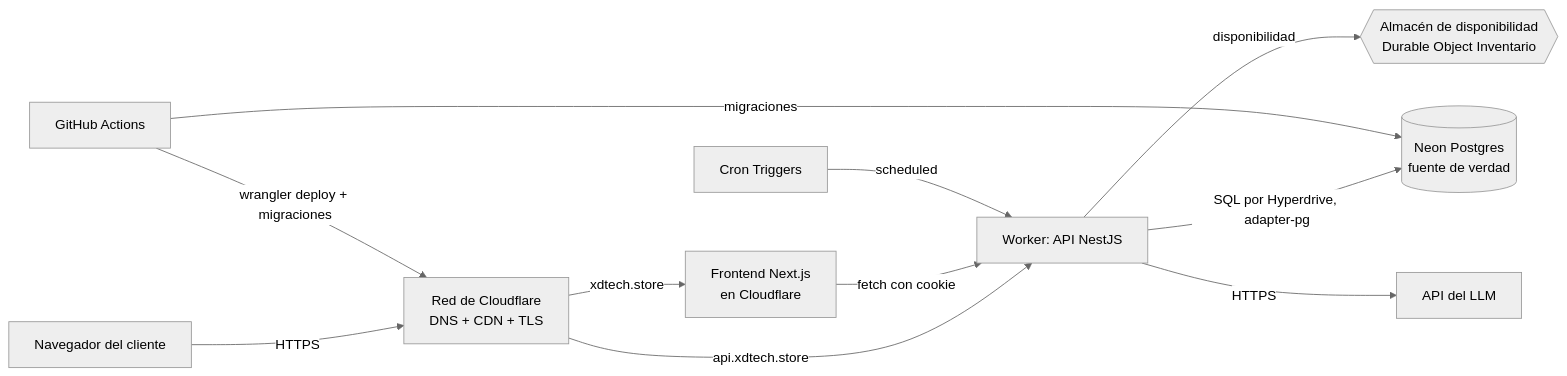
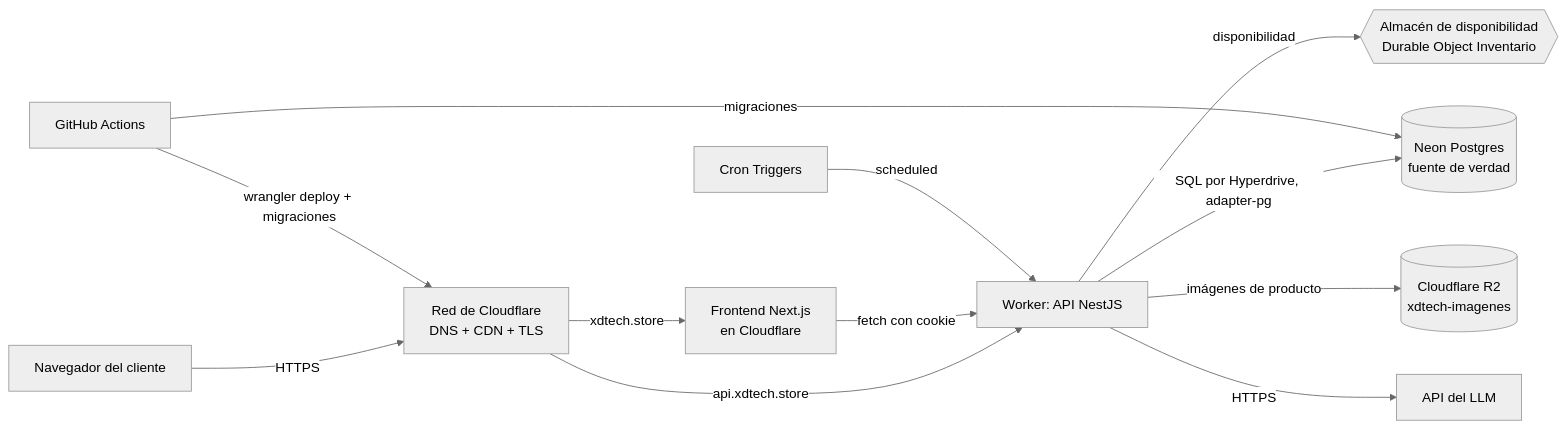
One commit to lllXDlll/ventas_pc changed the first of 3 diagrams in docs/01_arquitectura_despliegue.md. Above: the diagram before and after it, drawn with Mermaid (neutral theme). The commit also changed other lines of this file and 17 other files, not shown here.

````diff
--- a/docs/01_arquitectura_despliegue.md
+++ b/docs/01_arquitectura_despliegue.md
@@ -9,13 +9,14 @@
 ```mermaid
 flowchart LR
     U[Navegador del cliente] -->|HTTPS| CF[Red de Cloudflare<br/>DNS + CDN + TLS]
     CF -->|xdtech.store| WEB[Frontend Next.js<br/>en Cloudflare]
     CF -->|api.xdtech.store| API[Worker: API NestJS]
     WEB -->|fetch con cookie| API
     API -->|SQL por Hyperdrive, adapter-pg| PG[(Neon Postgres<br/>fuente de verdad)]
     API -->|disponibilidad| AV{{Almacén de disponibilidad<br/>Durable Object Inventario}}
+    API -->|imágenes de producto| R2[(Cloudflare R2<br/>xdtech-imagenes)]
     API -->|HTTPS| LLM[API del LLM]
     CRON[Cron Triggers] -->|scheduled| API
     GH[GitHub Actions] -->|wrangler deploy + migraciones| CF
     GH -->|migraciones| PG
 ```
````
